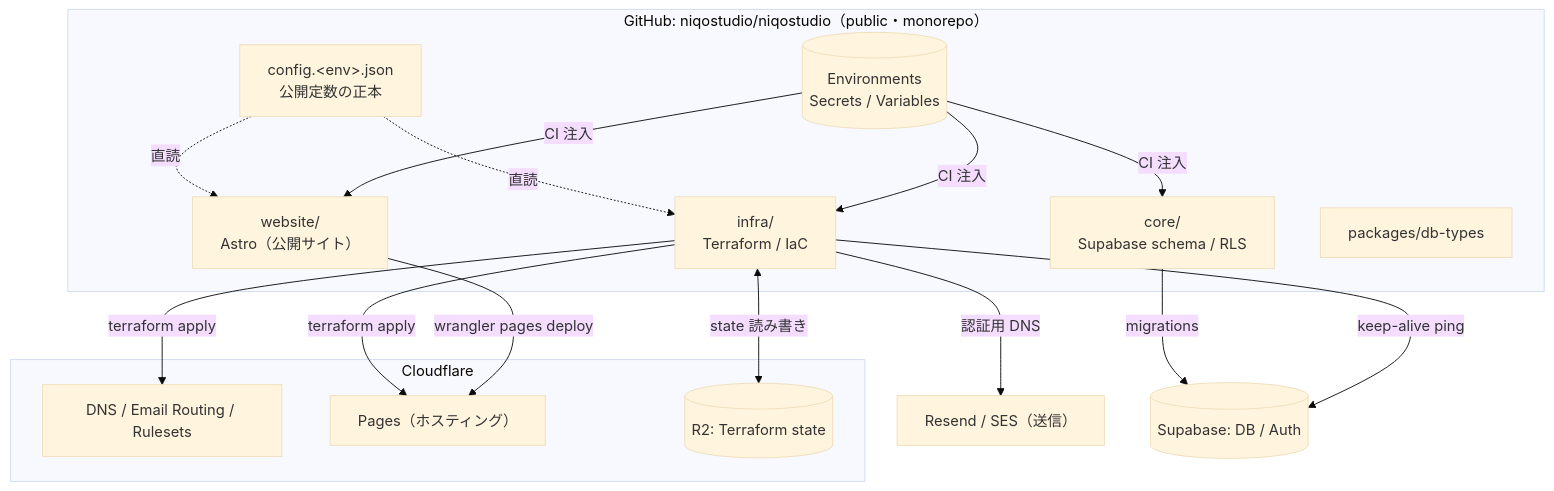
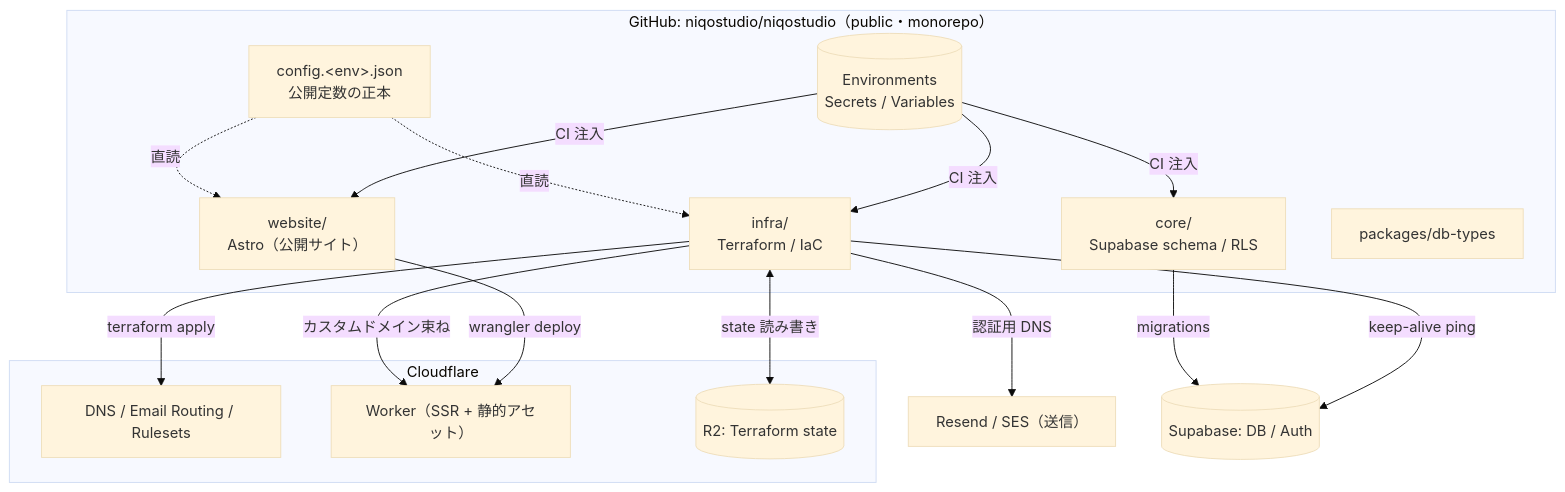
The first of 2 diagrams in docs/architecture.md (niqostudio/niqostudio), drawn with Mermaid (base theme) before and after one commit. The commit also changed other lines of this file and 4 other files, not shown here.

````diff
--- a/docs/architecture.md
+++ b/docs/architecture.md
@@ -12,33 +12,33 @@
 ```mermaid
 flowchart TB
   subgraph repo["GitHub: niqostudio/niqostudio（public・monorepo）"]
     website["website/<br/>Astro（公開サイト）"]
     core["core/<br/>Supabase schema / RLS"]
     infra["infra/<br/>Terraform / IaC"]
     pkg["packages/db-types"]
     cfg["config.&lt;env&gt;.json<br/>公開定数の正本"]
     env[("Environments<br/>Secrets / Variables")]
   end
 
   subgraph CF["Cloudflare"]
     dns["DNS / Email Routing / Rulesets"]
-    pages["Pages（ホスティング）"]
+    worker["Worker（SSR + 静的アセット）"]
     r2[("R2: Terraform state")]
   end
 
   resend["Resend / SES（送信）"]
   supabase[("Supabase: DB / Auth")]
 
   infra -->|terraform apply| dns
-  infra -->|terraform apply| pages
+  infra -->|カスタムドメイン束ね| worker
   infra -->|認証用 DNS| resend
   infra <-->|state 読み書き| r2
-  website -->|wrangler pages deploy| pages
+  website -->|wrangler deploy| worker
   core -->|migrations| supabase
   infra -->|keep-alive ping| supabase
   cfg -.->|直読| infra
   cfg -.->|直読| website
   env -->|CI 注入| infra
   env -->|CI 注入| core
   env -->|CI 注入| website
 ```
````
